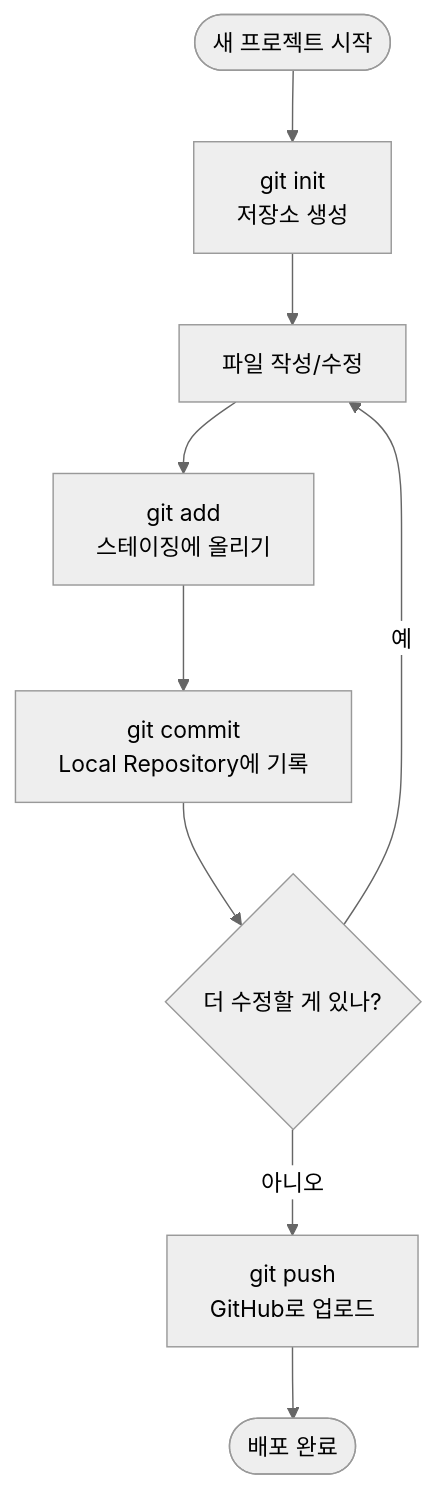
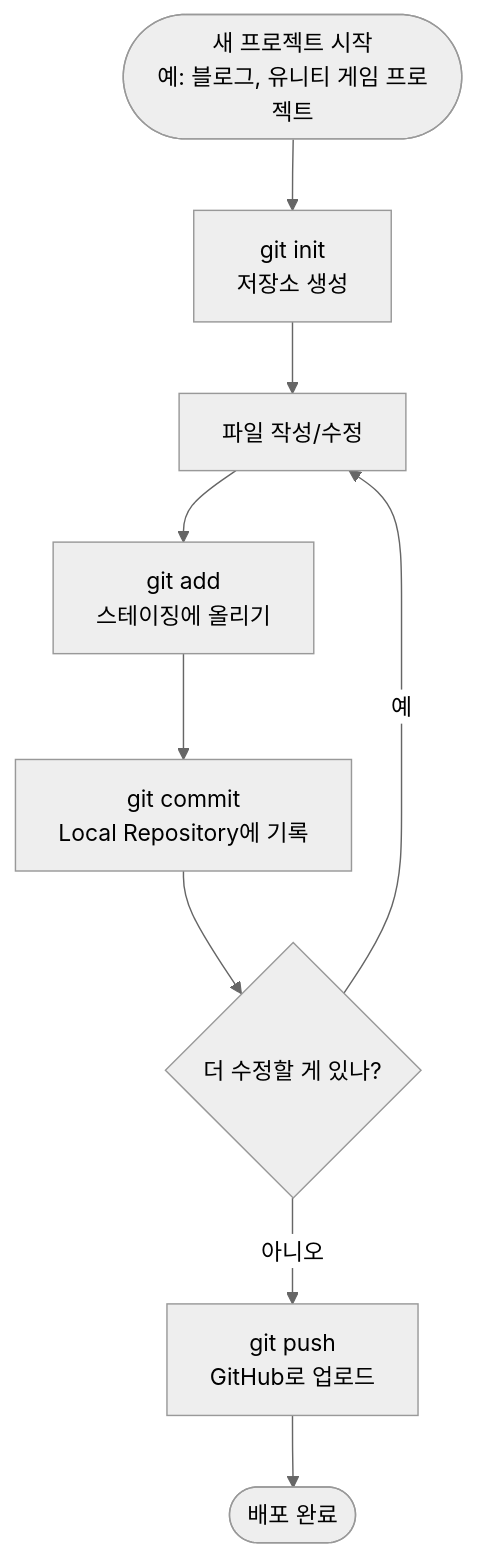
Before and after one commit to Lezo-Jong/my-blog: the second of 5 diagrams in _posts/2026-08-31-git-github-첫주-명령어-정리.md, drawn with Mermaid (neutral theme). The commit also changed other lines of this file and 2 other files, not shown here.

Commit message:
유니티 초반 계획서와 클로드 프롬프트 기준 문서

````diff
--- a/_posts/2026-08-31-git-github-첫주-명령어-정리.md
+++ b/_posts/2026-08-31-git-github-첫주-명령어-정리.md
@@ -45,11 +49,11 @@
 ```mermaid
 flowchart TD
-    Start([새 프로젝트 시작]) --> Init["git init\n저장소 생성"]
+    Start([새 프로젝트 시작\n예: 블로그, 유니티 게임 프로젝트]) --> Init["git init\n저장소 생성"]
     Init --> Edit["파일 작성/수정"]
     Edit --> Add["git add\n스테이징에 올리기"]
     Add --> Commit["git commit\nLocal Repository에 기록"]
     Commit --> More{더 수정할 게 있나?}
     More -- 예 --> Edit
     More -- 아니오 --> Push["git push\nGitHub로 업로드"]
     Push --> End([배포 완료])
 ```
````
